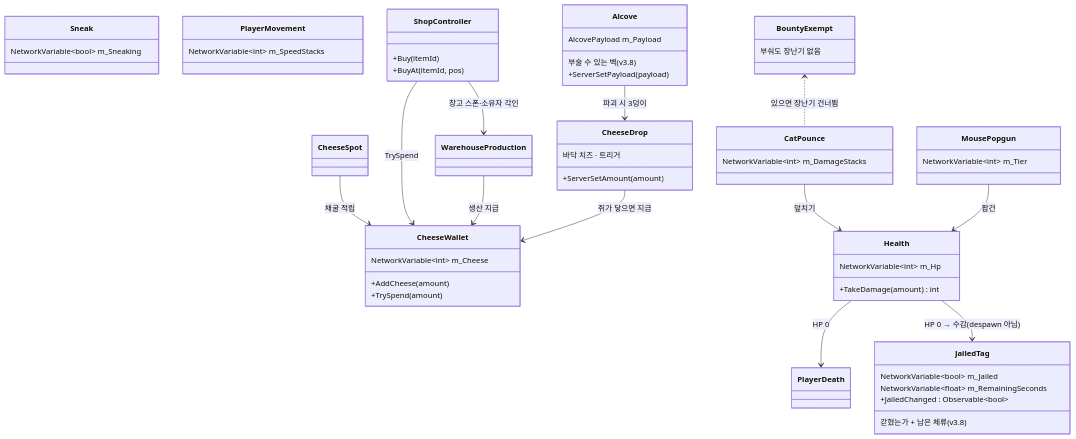
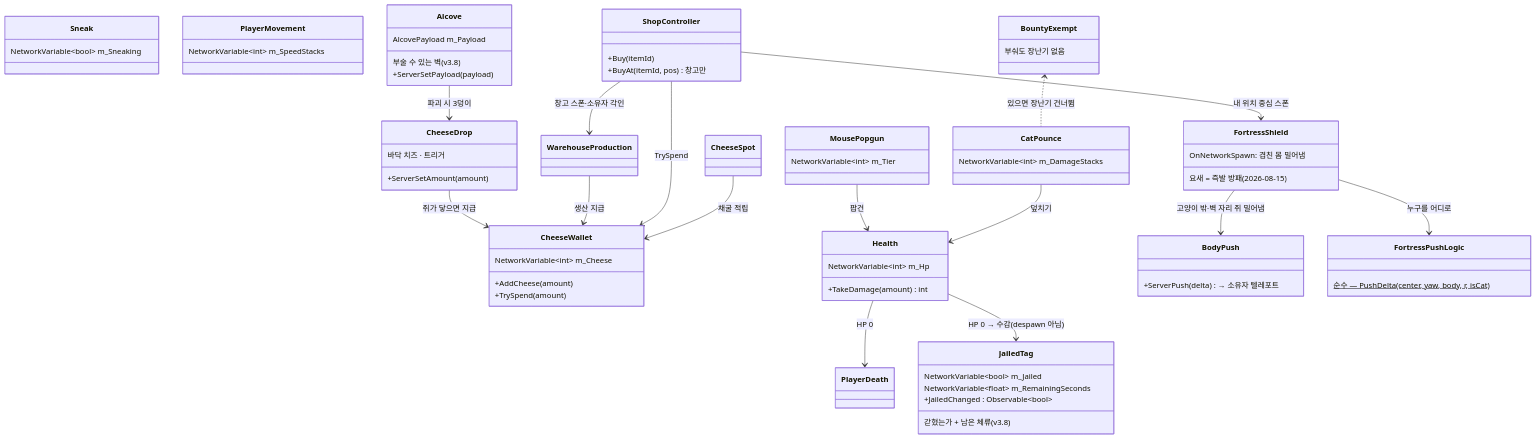
One commit to JeahanPark/The-Cheese-Thief-and-the-Cat changed the sixth of 17 diagrams in CTC/docs/design-vault/코드 다이어그램.md. Above: the diagram before and after it, drawn with Mermaid. The commit also changed other lines of this file and 55 other files, not shown here.

````diff
--- a/CTC/docs/design-vault/코드 다이어그램.md
+++ b/CTC/docs/design-vault/코드 다이어그램.md
@@ -148,60 +147,73 @@
 ```mermaid
 classDiagram
     direction TB
 
     class CheeseWallet {
         NetworkVariable~int~ m_Cheese
         +AddCheese(amount)
         +TrySpend(amount)
     }
     class Health {
         NetworkVariable~int~ m_Hp
         +TakeDamage(amount) int
     }
     class CatPounce {
         NetworkVariable~int~ m_DamageStacks
     }
     class MousePopgun {
         NetworkVariable~int~ m_Tier
     }
     class Sneak {
         NetworkVariable~bool~ m_Sneaking
     }
     class PlayerMovement {
         NetworkVariable~int~ m_SpeedStacks
     }
     class ShopController {
         +Buy(itemId)
-        +BuyAt(itemId, pos)
+        +BuyAt(itemId, pos) 창고만
+    }
+    class FortressShield {
+        요새 = 즉발 방패 (2026-08-15)
+        OnNetworkSpawn: 겹친 몸 밀어냄
+    }
+    class BodyPush {
+        +ServerPush(delta) → 소유자 텔레포트
+    }
+    class FortressPushLogic {
+        순수 — PushDelta(center, yaw, body, r, isCat)$
     }
     class Alcove {
         부술 수 있는 벽 (v3.8)
         AlcovePayload m_Payload
         +ServerSetPayload(payload)
     }
     class CheeseDrop {
         바닥 치즈 · 트리거
         +ServerSetAmount(amount)
     }
     class BountyExempt {
         부숴도 장난기 없음
     }
     class JailedTag {
         갇혔는가 + 남은 체류 (v3.8)
         NetworkVariable~bool~ m_Jailed
         NetworkVariable~float~ m_RemainingSeconds
         +JailedChanged : Observable~bool~
     }
 
     CheeseSpot --> CheeseWallet : 채굴 적립
     ShopController --> CheeseWallet : TrySpend
     ShopController --> WarehouseProduction : 창고 스폰·소유자 각인
+    ShopController --> FortressShield : 내 위치 중심 스폰
+    FortressShield --> FortressPushLogic : 누구를 어디로
+    FortressShield --> BodyPush : 고양이 밖·벽 자리 쥐 밀어냄
     WarehouseProduction --> CheeseWallet : 생산 지급
     CatPounce --> Health : 덮치기
     MousePopgun --> Health : 팝건
     Health --> PlayerDeath : HP 0
     Alcove --> CheeseDrop : 파괴 시 3덩이
     CheeseDrop --> CheeseWallet : 쥐가 닿으면 지급
     BountyExempt <.. CatPounce : 있으면 장난기 건너뜀
     Health --> JailedTag : HP 0 → 수감(despawn 아님)
 ```
````
